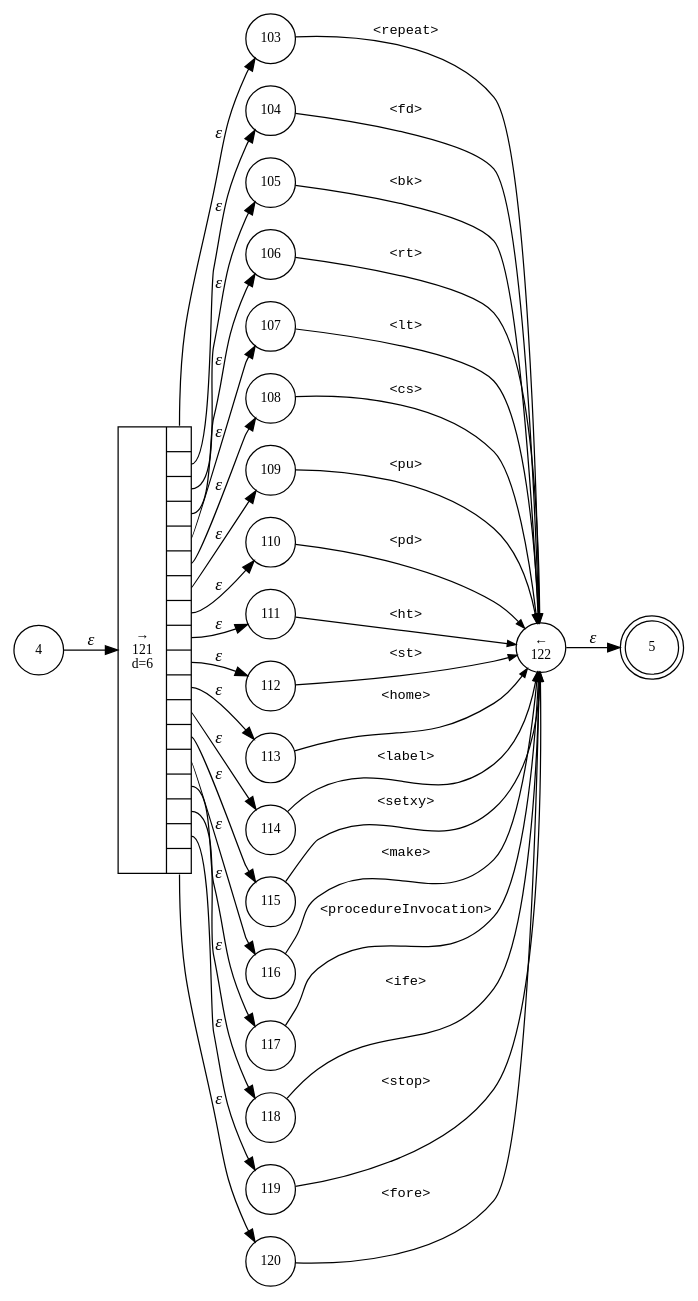
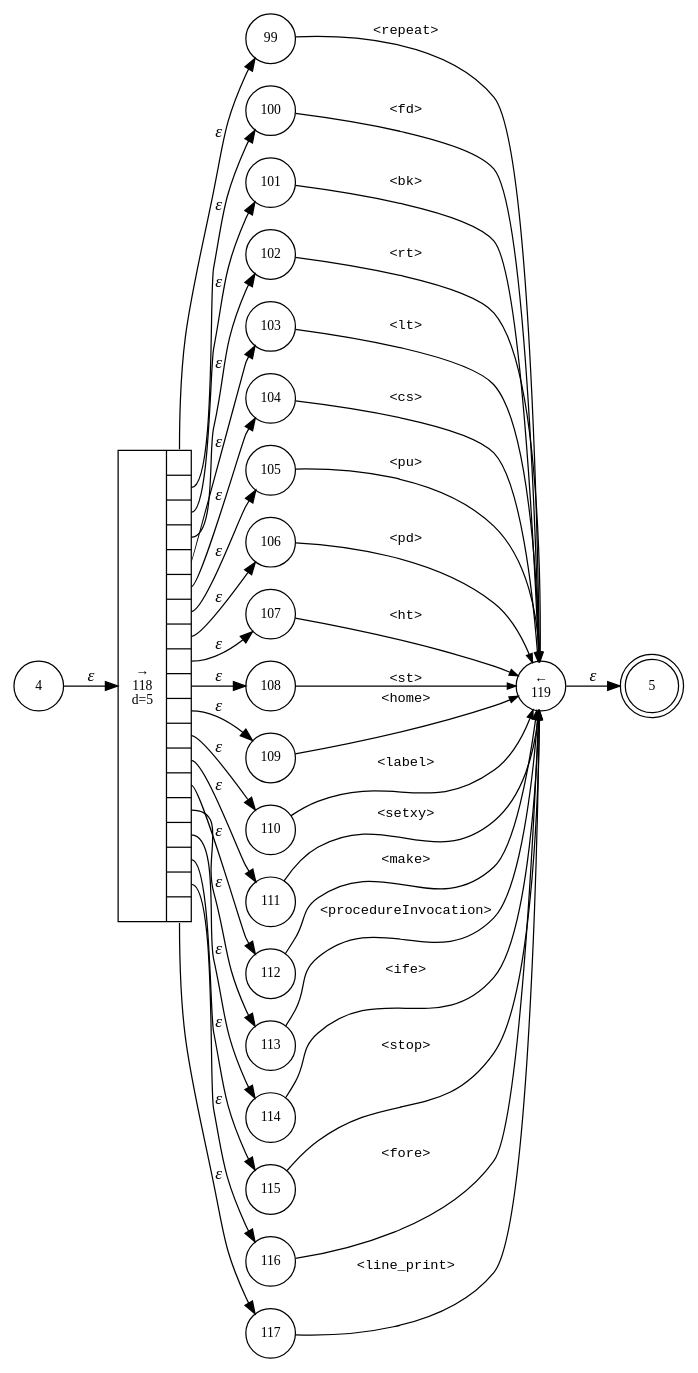
The diagram in interpreter/logo/logo.cmd.dot (Shinigami072/Compilers-LogoInterpreter), drawn with Graphviz before and after one commit. The commit also changed 78 other files, not shown here.

```diff
--- a/interpreter/logo/logo.cmd.dot
+++ b/interpreter/logo/logo.cmd.dot
@@ -1,63 +1,66 @@
 digraph ATN {
 rankdir=LR;
 s5[fontsize=11, label="5", shape=doublecircle, fixedsize=true, width=.6];
+s99[fontsize=11,label="99", shape=circle, fixedsize=true, width=.55, peripheries=1];
 s4[fontsize=11,label="4", shape=circle, fixedsize=true, width=.55, peripheries=1];
+s100[fontsize=11,label="100", shape=circle, fixedsize=true, width=.55, peripheries=1];
+s101[fontsize=11,label="101", shape=circle, fixedsize=true, width=.55, peripheries=1];
+s102[fontsize=11,label="102", shape=circle, fixedsize=true, width=.55, peripheries=1];
 s103[fontsize=11,label="103", shape=circle, fixedsize=true, width=.55, peripheries=1];
 s104[fontsize=11,label="104", shape=circle, fixedsize=true, width=.55, peripheries=1];
 s105[fontsize=11,label="105", shape=circle, fixedsize=true, width=.55, peripheries=1];
 s106[fontsize=11,label="106", shape=circle, fixedsize=true, width=.55, peripheries=1];
 s107[fontsize=11,label="107", shape=circle, fixedsize=true, width=.55, peripheries=1];
 s108[fontsize=11,label="108", shape=circle, fixedsize=true, width=.55, peripheries=1];
 s109[fontsize=11,label="109", shape=circle, fixedsize=true, width=.55, peripheries=1];
 s110[fontsize=11,label="110", shape=circle, fixedsize=true, width=.55, peripheries=1];
 s111[fontsize=11,label="111", shape=circle, fixedsize=true, width=.55, peripheries=1];
 s112[fontsize=11,label="112", shape=circle, fixedsize=true, width=.55, peripheries=1];
 s113[fontsize=11,label="113", shape=circle, fixedsize=true, width=.55, peripheries=1];
 s114[fontsize=11,label="114", shape=circle, fixedsize=true, width=.55, peripheries=1];
 s115[fontsize=11,label="115", shape=circle, fixedsize=true, width=.55, peripheries=1];
 s116[fontsize=11,label="116", shape=circle, fixedsize=true, width=.55, peripheries=1];
 s117[fontsize=11,label="117", shape=circle, fixedsize=true, width=.55, peripheries=1];
-s118[fontsize=11,label="118", shape=circle, fixedsize=true, width=.55, peripheries=1];
-s119[fontsize=11,label="119", shape=circle, fixedsize=true, width=.55, peripheries=1];
-s120[fontsize=11,label="120", shape=circle, fixedsize=true, width=.55, peripheries=1];
-s121[fontsize=11,label="{&rarr;\n121\nd=6|{<p0>|<p1>|<p2>|<p3>|<p4>|<p5>|<p6>|<p7>|<p8>|<p9>|<p10>|<p11>|<p12>|<p13>|<p14>|<p15>|<p16>|<p17>}}", shape=record, fixedsize=false, peripheries=1];
-s122[fontsize=11,label="&larr;\n122", shape=circle, fixedsize=true, width=.55, peripheries=1];
-s4 -> s121 [fontname="Times-Italic", label="&epsilon;"];
-s121:p0 -> s103 [fontname="Times-Italic", label="&epsilon;"];
-s121:p1 -> s104 [fontname="Times-Italic", label="&epsilon;"];
-s121:p2 -> s105 [fontname="Times-Italic", label="&epsilon;"];
-s121:p3 -> s106 [fontname="Times-Italic", label="&epsilon;"];
-s121:p4 -> s107 [fontname="Times-Italic", label="&epsilon;"];
-s121:p5 -> s108 [fontname="Times-Italic", label="&epsilon;"];
-s121:p6 -> s109 [fontname="Times-Italic", label="&epsilon;"];
-s121:p7 -> s110 [fontname="Times-Italic", label="&epsilon;"];
-s121:p8 -> s111 [fontname="Times-Italic", label="&epsilon;"];
-s121:p9 -> s112 [fontname="Times-Italic", label="&epsilon;"];
-s121:p10 -> s113 [fontname="Times-Italic", label="&epsilon;"];
-s121:p11 -> s114 [fontname="Times-Italic", label="&epsilon;"];
-s121:p12 -> s115 [fontname="Times-Italic", label="&epsilon;"];
-s121:p13 -> s116 [fontname="Times-Italic", label="&epsilon;"];
-s121:p14 -> s117 [fontname="Times-Italic", label="&epsilon;"];
-s121:p15 -> s118 [fontname="Times-Italic", label="&epsilon;"];
-s121:p16 -> s119 [fontname="Times-Italic", label="&epsilon;"];
-s121:p17 -> s120 [fontname="Times-Italic", label="&epsilon;"];
-s103 -> s122 [fontsize=11, fontname="Courier", arrowsize=.7, label = "<repeat>", arrowhead = normal];
-s104 -> s122 [fontsize=11, fontname="Courier", arrowsize=.7, label = "<fd>", arrowhead = normal];
-s105 -> s122 [fontsize=11, fontname="Courier", arrowsize=.7, label = "<bk>", arrowhead = normal];
-s106 -> s122 [fontsize=11, fontname="Courier", arrowsize=.7, label = "<rt>", arrowhead = normal];
-s107 -> s122 [fontsize=11, fontname="Courier", arrowsize=.7, label = "<lt>", arrowhead = normal];
-s108 -> s122 [fontsize=11, fontname="Courier", arrowsize=.7, label = "<cs>", arrowhead = normal];
-s109 -> s122 [fontsize=11, fontname="Courier", arrowsize=.7, label = "<pu>", arrowhead = normal];
-s110 -> s122 [fontsize=11, fontname="Courier", arrowsize=.7, label = "<pd>", arrowhead = normal];
-s111 -> s122 [fontsize=11, fontname="Courier", arrowsize=.7, label = "<ht>", arrowhead = normal];
-s112 -> s122 [fontsize=11, fontname="Courier", arrowsize=.7, label = "<st>", arrowhead = normal];
-s113 -> s122 [fontsize=11, fontname="Courier", arrowsize=.7, label = "<home>", arrowhead = normal];
-s114 -> s122 [fontsize=11, fontname="Courier", arrowsize=.7, label = "<label>", arrowhead = normal];
-s115 -> s122 [fontsize=11, fontname="Courier", arrowsize=.7, label = "<setxy>", arrowhead = normal];
-s116 -> s122 [fontsize=11, fontname="Courier", arrowsize=.7, label = "<make>", arrowhead = normal];
-s117 -> s122 [fontsize=11, fontname="Courier", arrowsize=.7, label = "<procedureInvocation>", arrowhead = normal];
-s118 -> s122 [fontsize=11, fontname="Courier", arrowsize=.7, label = "<ife>", arrowhead = normal];
-s119 -> s122 [fontsize=11, fontname="Courier", arrowsize=.7, label = "<stop>", arrowhead = normal];
-s120 -> s122 [fontsize=11, fontname="Courier", arrowsize=.7, label = "<fore>", arrowhead = normal];
-s122 -> s5 [fontname="Times-Italic", label="&epsilon;"];
+s118[fontsize=11,label="{&rarr;\n118\nd=5|{<p0>|<p1>|<p2>|<p3>|<p4>|<p5>|<p6>|<p7>|<p8>|<p9>|<p10>|<p11>|<p12>|<p13>|<p14>|<p15>|<p16>|<p17>|<p18>}}", shape=record, fixedsize=false, peripheries=1];
+s119[fontsize=11,label="&larr;\n119", shape=circle, fixedsize=true, width=.55, peripheries=1];
+s4 -> s118 [fontname="Times-Italic", label="&epsilon;"];
+s118:p0 -> s99 [fontname="Times-Italic", label="&epsilon;"];
+s118:p1 -> s100 [fontname="Times-Italic", label="&epsilon;"];
+s118:p2 -> s101 [fontname="Times-Italic", label="&epsilon;"];
+s118:p3 -> s102 [fontname="Times-Italic", label="&epsilon;"];
+s118:p4 -> s103 [fontname="Times-Italic", label="&epsilon;"];
+s118:p5 -> s104 [fontname="Times-Italic", label="&epsilon;"];
+s118:p6 -> s105 [fontname="Times-Italic", label="&epsilon;"];
+s118:p7 -> s106 [fontname="Times-Italic", label="&epsilon;"];
+s118:p8 -> s107 [fontname="Times-Italic", label="&epsilon;"];
+s118:p9 -> s108 [fontname="Times-Italic", label="&epsilon;"];
+s118:p10 -> s109 [fontname="Times-Italic", label="&epsilon;"];
+s118:p11 -> s110 [fontname="Times-Italic", label="&epsilon;"];
+s118:p12 -> s111 [fontname="Times-Italic", label="&epsilon;"];
+s118:p13 -> s112 [fontname="Times-Italic", label="&epsilon;"];
+s118:p14 -> s113 [fontname="Times-Italic", label="&epsilon;"];
+s118:p15 -> s114 [fontname="Times-Italic", label="&epsilon;"];
+s118:p16 -> s115 [fontname="Times-Italic", label="&epsilon;"];
+s118:p17 -> s116 [fontname="Times-Italic", label="&epsilon;"];
+s118:p18 -> s117 [fontname="Times-Italic", label="&epsilon;"];
+s99 -> s119 [fontsize=11, fontname="Courier", arrowsize=.7, label = "<repeat>", arrowhead = normal];
+s100 -> s119 [fontsize=11, fontname="Courier", arrowsize=.7, label = "<fd>", arrowhead = normal];
+s101 -> s119 [fontsize=11, fontname="Courier", arrowsize=.7, label = "<bk>", arrowhead = normal];
+s102 -> s119 [fontsize=11, fontname="Courier", arrowsize=.7, label = "<rt>", arrowhead = normal];
+s103 -> s119 [fontsize=11, fontname="Courier", arrowsize=.7, label = "<lt>", arrowhead = normal];
+s104 -> s119 [fontsize=11, fontname="Courier", arrowsize=.7, label = "<cs>", arrowhead = normal];
+s105 -> s119 [fontsize=11, fontname="Courier", arrowsize=.7, label = "<pu>", arrowhead = normal];
+s106 -> s119 [fontsize=11, fontname="Courier", arrowsize=.7, label = "<pd>", arrowhead = normal];
+s107 -> s119 [fontsize=11, fontname="Courier", arrowsize=.7, label = "<ht>", arrowhead = normal];
+s108 -> s119 [fontsize=11, fontname="Courier", arrowsize=.7, label = "<st>", arrowhead = normal];
+s109 -> s119 [fontsize=11, fontname="Courier", arrowsize=.7, label = "<home>", arrowhead = normal];
+s110 -> s119 [fontsize=11, fontname="Courier", arrowsize=.7, label = "<label>", arrowhead = normal];
+s111 -> s119 [fontsize=11, fontname="Courier", arrowsize=.7, label = "<setxy>", arrowhead = normal];
+s112 -> s119 [fontsize=11, fontname="Courier", arrowsize=.7, label = "<make>", arrowhead = normal];
+s113 -> s119 [fontsize=11, fontname="Courier", arrowsize=.7, label = "<procedureInvocation>", arrowhead = normal];
+s114 -> s119 [fontsize=11, fontname="Courier", arrowsize=.7, label = "<ife>", arrowhead = normal];
+s115 -> s119 [fontsize=11, fontname="Courier", arrowsize=.7, label = "<stop>", arrowhead = normal];
+s116 -> s119 [fontsize=11, fontname="Courier", arrowsize=.7, label = "<fore>", arrowhead = normal];
+s117 -> s119 [fontsize=11, fontname="Courier", arrowsize=.7, label = "<line_print>", arrowhead = normal];
+s119 -> s5 [fontname="Times-Italic", label="&epsilon;"];
 }
```
